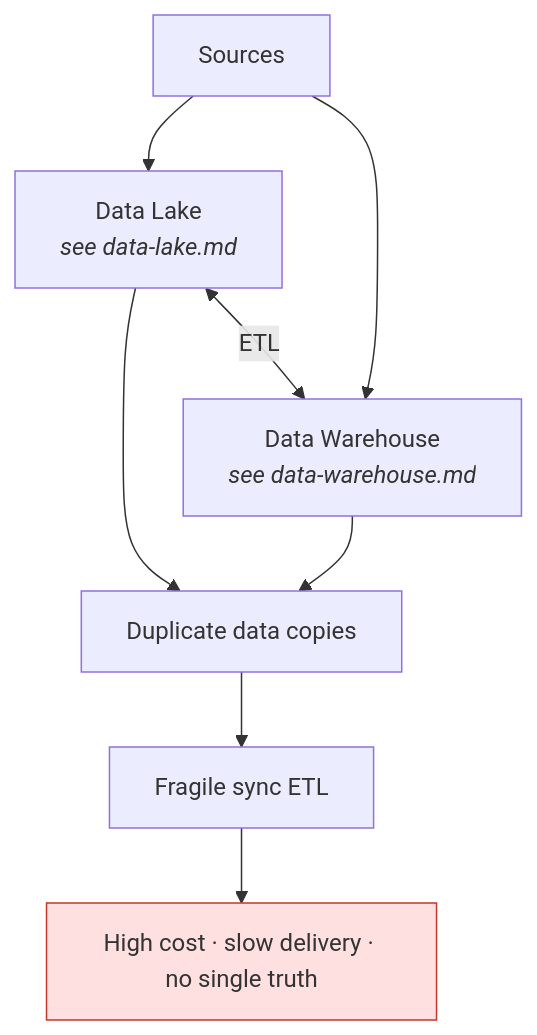
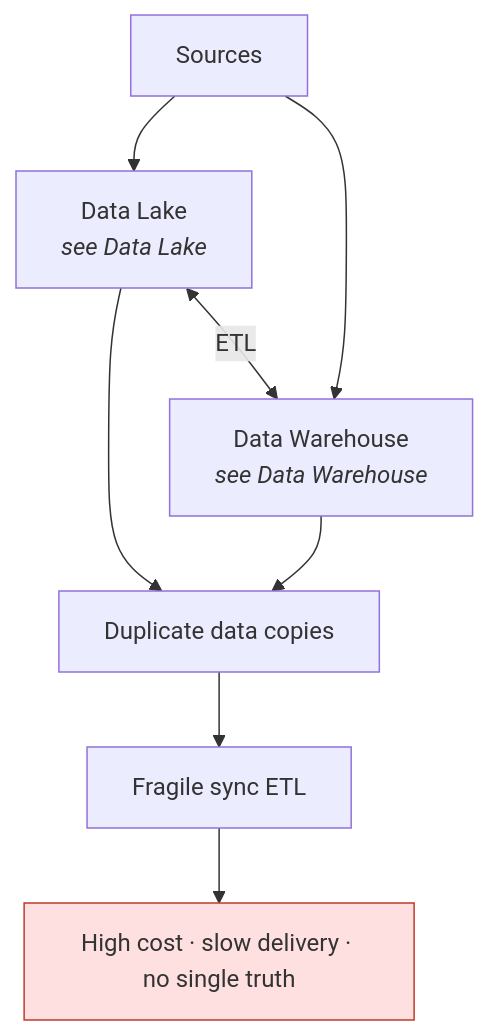
One commit to adnanrahin/adnanrahin.github.io changed the first of 8 diagrams in data-architecture/data-lakehouse.md. Above: the diagram before and after it, drawn with Mermaid. The commit also changed other lines of this file and 6 other files, not shown here.

Commit message:
updated the flowchart

````diff
--- a/data-architecture/data-lakehouse.md
+++ b/data-architecture/data-lakehouse.md
@@ -28,18 +28,18 @@
 ```mermaid
 flowchart TD
     SRC["Sources"]
-    LAKE["Data Lake<br/><i>see data-lake.md</i>"]
-    DWH["Data Warehouse<br/><i>see data-warehouse.md</i>"]
+    LAKE["Data Lake<br/><i>see Data Lake</i>"]
+    DWH["Data Warehouse<br/><i>see Data Warehouse</i>"]
     DUP["Duplicate data copies"]
     ETL["Fragile sync ETL"]
     PAIN["High cost · slow delivery · no single truth"]
 
     SRC --> LAKE
     SRC --> DWH
     LAKE --> DUP
     DWH --> DUP
     LAKE <-->|ETL| DWH
     DUP --> ETL --> PAIN
 
     style PAIN fill:#FFE0E0,stroke:#C0392B
 ```
````
